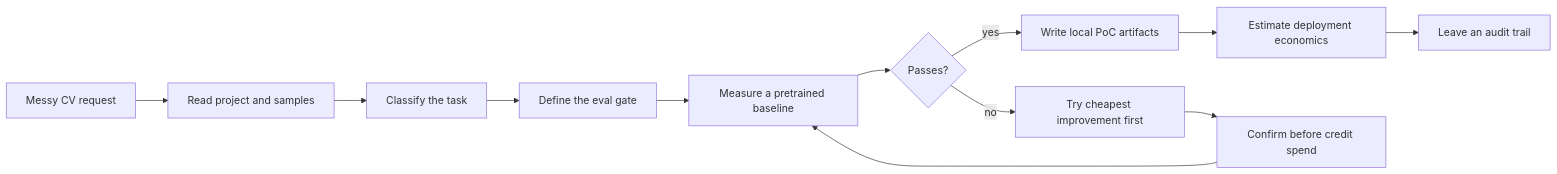
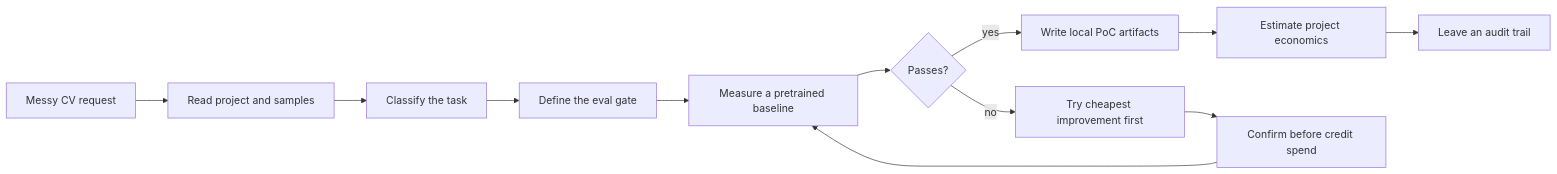
The diagram in README.md (Borda/vision-delivery), drawn with Mermaid before and after one commit. The commit also changed other lines of this file and 37 other files, not shown here.

````diff
--- a/README.md
+++ b/README.md
@@ -7,14 +9,14 @@
 ```mermaid
 flowchart LR
     A[Messy CV request] --> B[Read project and samples]
     B --> C[Classify the task]
     C --> D[Define the eval gate]
     D --> E[Measure a pretrained baseline]
     E --> F{Passes?}
     F -->|yes| G[Write local PoC artifacts]
     F -->|no| H[Try cheapest improvement first]
     H --> I[Confirm before credit spend]
     I --> E
-    G --> J[Estimate deployment economics]
+    G --> J[Estimate project economics]
     J --> K[Leave an audit trail]
 ```
````
